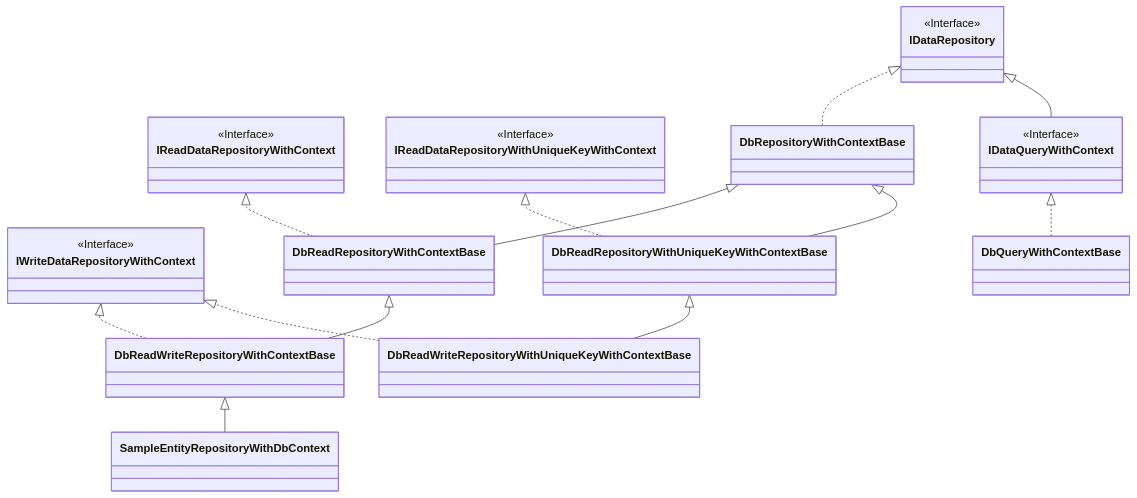
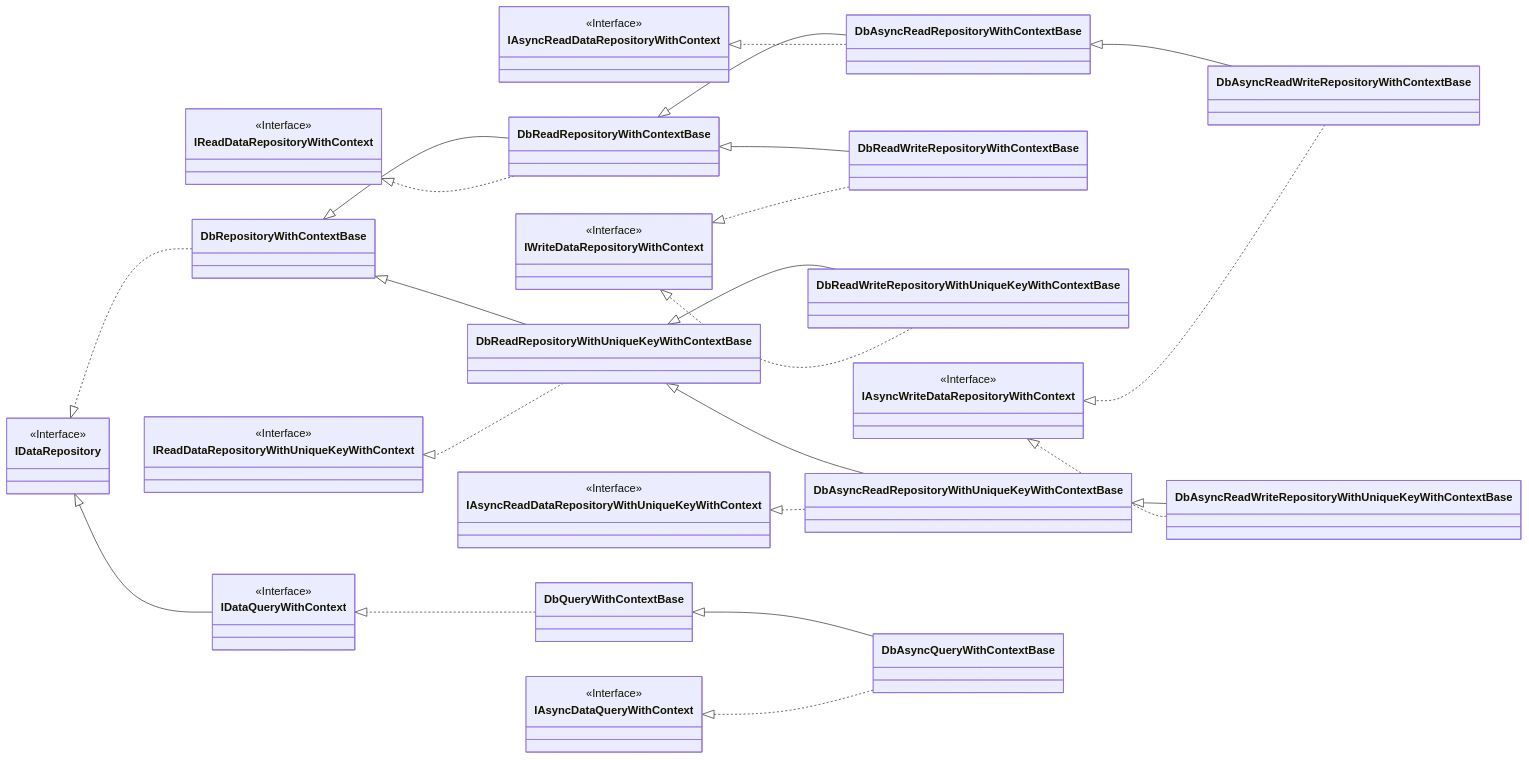
Before and after one commit to mxProject/DataRepository: the second of 2 diagrams in document/DatabaseRepository.md, drawn with Mermaid. The commit also changed other lines of this file, not shown here.

Commit message:
Add async repositories.

````diff
--- a/document/DatabaseRepository.md
+++ b/document/DatabaseRepository.md
@@ -969,28 +997,46 @@
 ```mermaid
 classDiagram
-    direction BT
+    direction RL
     class IDataRepository
     <<Interface>> IDataRepository
     class IReadDataRepositoryWithContext
     <<Interface>> IReadDataRepositoryWithContext
     class IReadDataRepositoryWithUniqueKeyWithContext
     <<Interface>> IReadDataRepositoryWithUniqueKeyWithContext
     class IWriteDataRepositoryWithContext
     <<Interface>> IWriteDataRepositoryWithContext
     class IDataQueryWithContext
     <<Interface>> IDataQueryWithContext
+
+    class IAsyncReadDataRepositoryWithContext
+    <<Interface>> IAsyncReadDataRepositoryWithContext
+    class IAsyncReadDataRepositoryWithUniqueKeyWithContext
+    <<Interface>> IAsyncReadDataRepositoryWithUniqueKeyWithContext
+    class IAsyncWriteDataRepositoryWithContext
+    <<Interface>> IAsyncWriteDataRepositoryWithContext
+    class IAsyncDataQueryWithContext
+    <<Interface>> IAsyncDataQueryWithContext
 
     DbRepositoryWithContextBase ..|> IDataRepository
     DbReadRepositoryWithContextBase --|> DbRepositoryWithContextBase
     DbReadRepositoryWithContextBase ..|> IReadDataRepositoryWithContext
     DbReadRepositoryWithUniqueKeyWithContextBase --|> DbRepositoryWithContextBase
     DbReadRepositoryWithUniqueKeyWithContextBase ..|> IReadDataRepositoryWithUniqueKeyWithContext
     DbReadWriteRepositoryWithContextBase --|> DbReadRepositoryWithContextBase
     DbReadWriteRepositoryWithContextBase ..|> IWriteDataRepositoryWithContext
     DbReadWriteRepositoryWithUniqueKeyWithContextBase --|> DbReadRepositoryWithUniqueKeyWithContextBase
     DbReadWriteRepositoryWithUniqueKeyWithContextBase ..|> IWriteDataRepositoryWithContext
     IDataQueryWithContext --|> IDataRepository
     DbQueryWithContextBase ..|> IDataQueryWithContext
 
-    SampleEntityRepositoryWithDbContext --|> DbReadWriteRepositoryWithContextBase
+    DbAsyncReadRepositoryWithContextBase --|> DbReadRepositoryWithContextBase
+    DbAsyncReadRepositoryWithContextBase ..|> IAsyncReadDataRepositoryWithContext
+    DbAsyncReadRepositoryWithUniqueKeyWithContextBase --|> DbReadRepositoryWithUniqueKeyWithContextBase
+    DbAsyncReadRepositoryWithUniqueKeyWithContextBase ..|> IAsyncReadDataRepositoryWithUniqueKeyWithContext
+    DbAsyncReadWriteRepositoryWithContextBase --|> DbAsyncReadRepositoryWithContextBase
+    DbAsyncReadWriteRepositoryWithContextBase ..|> IAsyncWriteDataRepositoryWithContext
+    DbAsyncReadWriteRepositoryWithUniqueKeyWithContextBase --|> DbAsyncReadRepositoryWithUniqueKeyWithContextBase
+    DbAsyncReadWriteRepositoryWithUniqueKeyWithContextBase ..|> IAsyncWriteDataRepositoryWithContext
+    DbAsyncQueryWithContextBase --|> DbQueryWithContextBase
+    DbAsyncQueryWithContextBase ..|> IAsyncDataQueryWithContext
 ```
````
